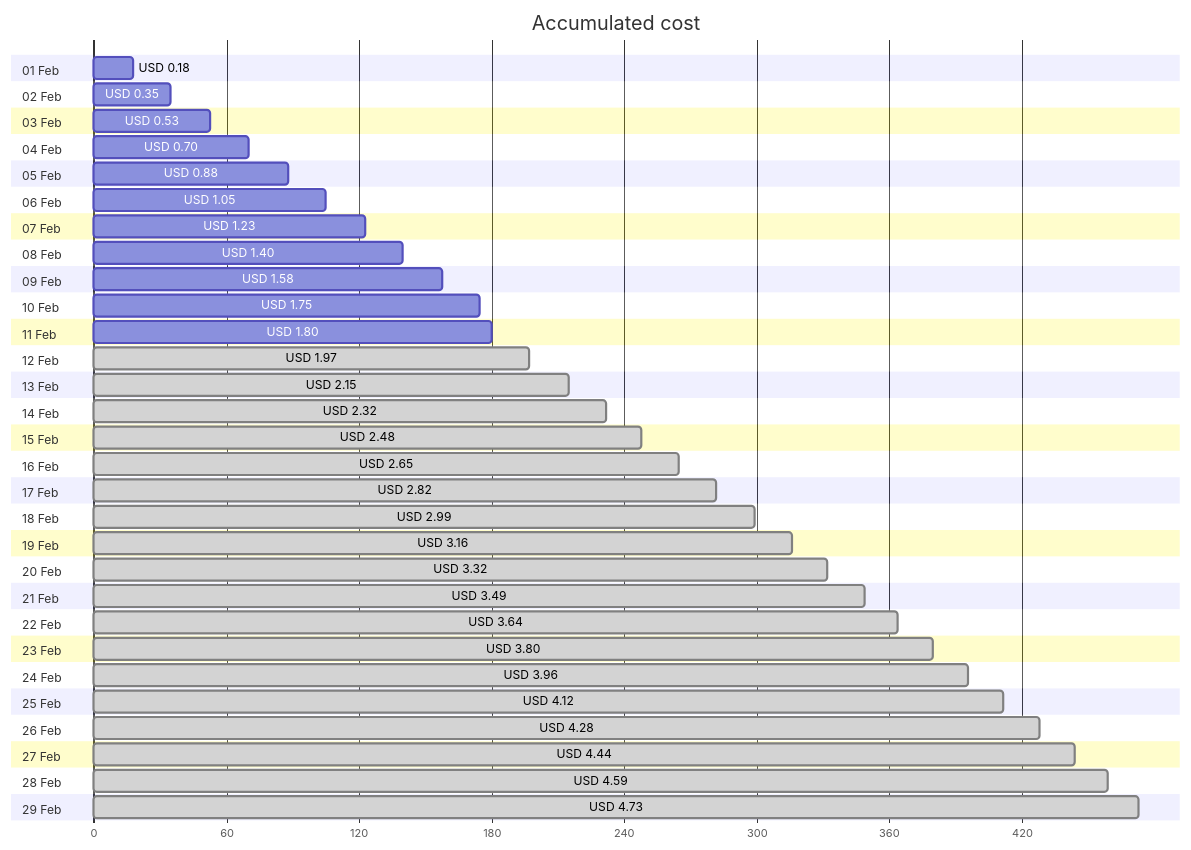
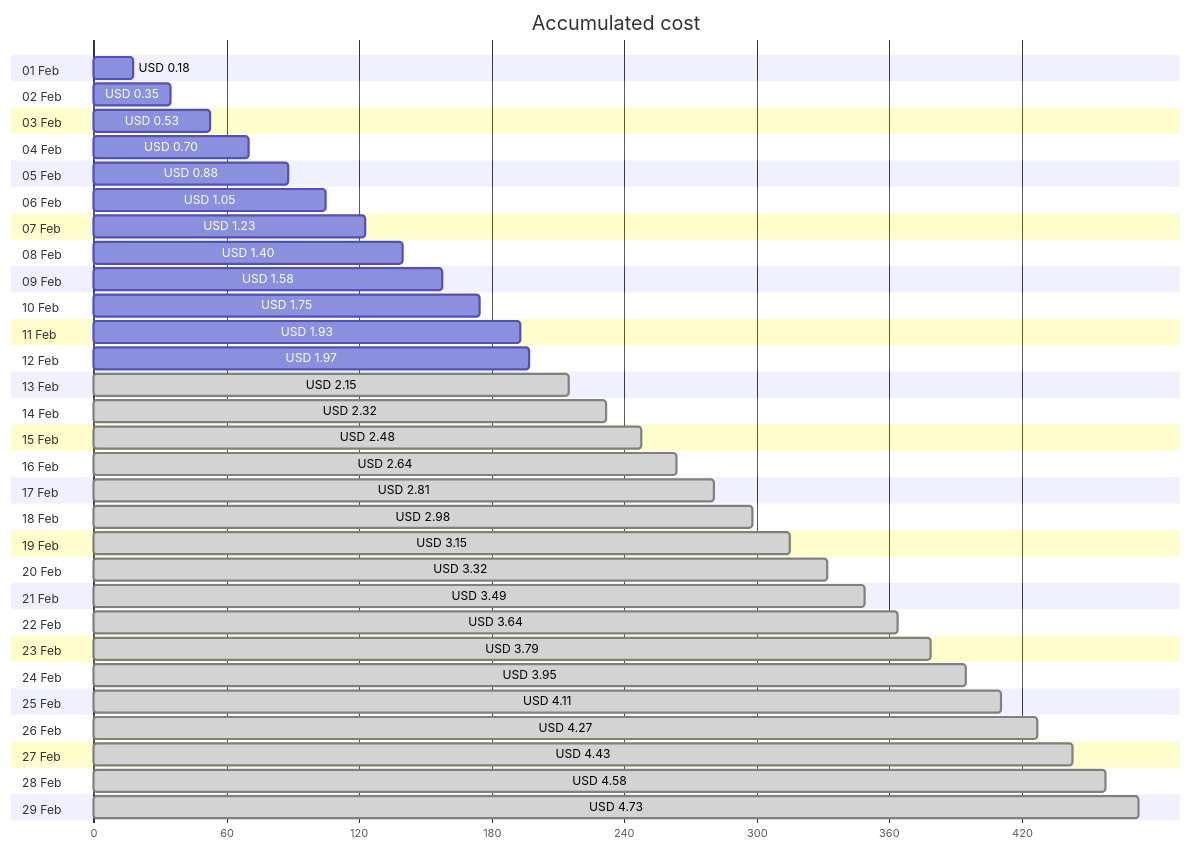
Before and after one commit to jpfulton/azure-personal-reports: the first of 4 diagrams in cost-reports/personal-network/backup-server.md, drawn with Mermaid. The commit also changed other lines of this file and 8 other files, not shown here.

````diff
--- a/cost-reports/personal-network/backup-server.md
+++ b/cost-reports/personal-network/backup-server.md
@@ -20,64 +20,64 @@
 ```mermaid
 gantt
    title Accumulated cost
    dateFormat  X
    axisFormat %s
    section 01 Feb
    USD 0.18 :0, 18
    section 02 Feb
    USD 0.35 :0, 35
    section 03 Feb
    USD 0.53 :0, 53
    section 04 Feb
    USD 0.70 :0, 70
    section 05 Feb
    USD 0.88 :0, 88
    section 06 Feb
    USD 1.05 :0, 105
    section 07 Feb
    USD 1.23 :0, 123
    section 08 Feb
    USD 1.40 :0, 140
    section 09 Feb
    USD 1.58 :0, 158
    section 10 Feb
    USD 1.75 :0, 175
    section 11 Feb
-   USD 1.80 :0, 180
+   USD 1.93 :0, 193
    section 12 Feb
-   USD 1.97 : done, 0, 197
+   USD 1.97 :0, 197
    section 13 Feb
    USD 2.15 : done, 0, 215
    section 14 Feb
    USD 2.32 : done, 0, 232
    section 15 Feb
    USD 2.48 : done, 0, 248
    section 16 Feb
-   USD 2.65 : done, 0, 265
+   USD 2.64 : done, 0, 264
    section 17 Feb
-   USD 2.82 : done, 0, 282
+   USD 2.81 : done, 0, 281
    section 18 Feb
-   USD 2.99 : done, 0, 299
+   USD 2.98 : done, 0, 298
    section 19 Feb
-   USD 3.16 : done, 0, 316
+   USD 3.15 : done, 0, 315
    section 20 Feb
    USD 3.32 : done, 0, 332
    section 21 Feb
    USD 3.49 : done, 0, 349
    section 22 Feb
    USD 3.64 : done, 0, 364
    section 23 Feb
-   USD 3.80 : done, 0, 380
+   USD 3.79 : done, 0, 379
    section 24 Feb
-   USD 3.96 : done, 0, 396
+   USD 3.95 : done, 0, 395
    section 25 Feb
-   USD 4.12 : done, 0, 412
+   USD 4.11 : done, 0, 411
    section 26 Feb
-   USD 4.28 : done, 0, 428
+   USD 4.27 : done, 0, 427
    section 27 Feb
-   USD 4.44 : done, 0, 444
+   USD 4.43 : done, 0, 443
    section 28 Feb
-   USD 4.59 : done, 0, 459
+   USD 4.58 : done, 0, 458
    section 29 Feb
    USD 4.73 : done, 0, 473
 ```
````
